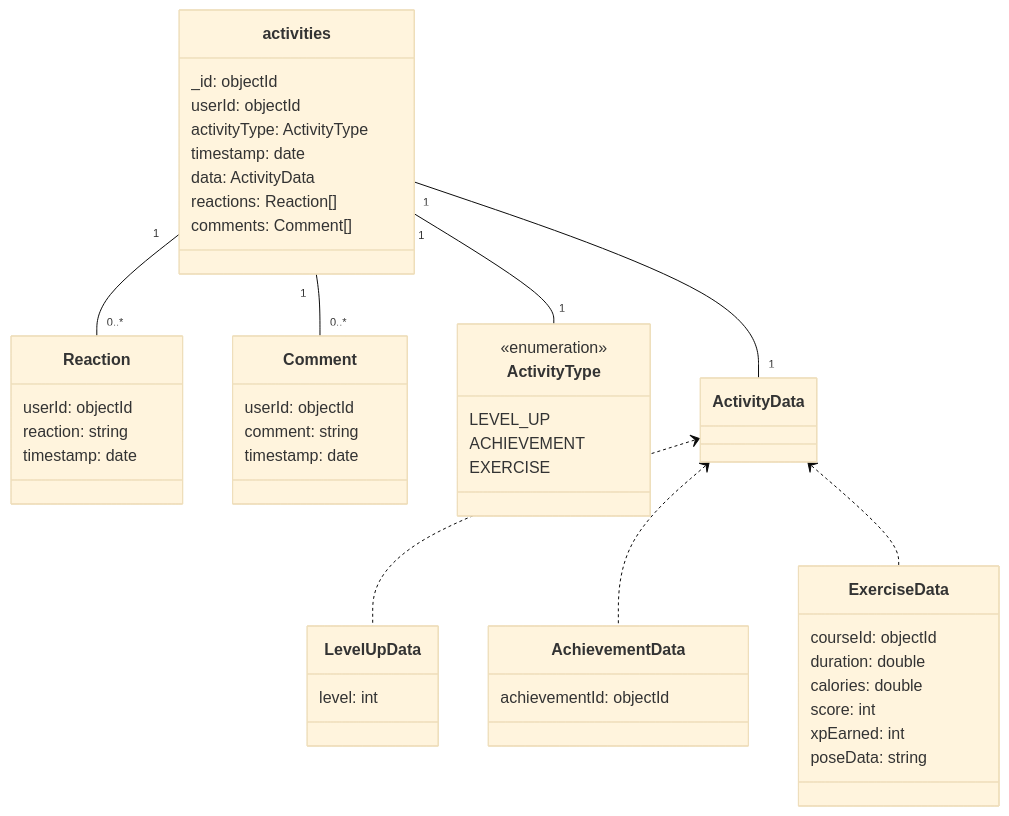
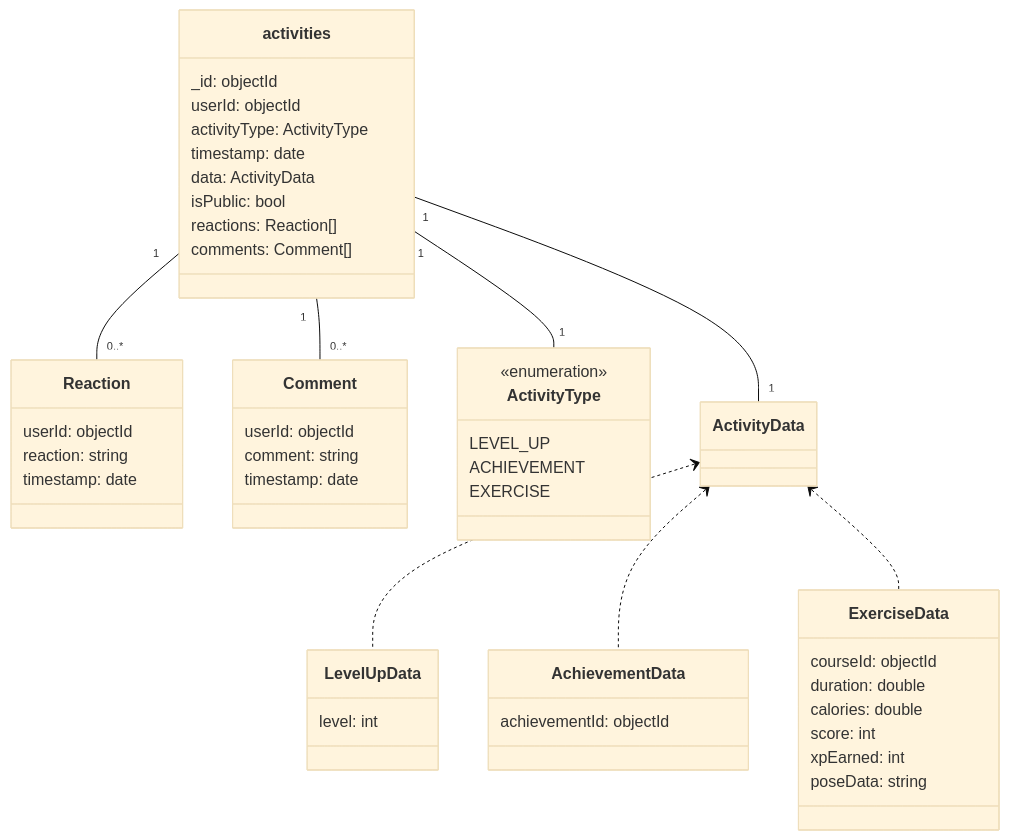
One commit to fitness-coaching-app/system-diagrams changed the diagram in diagrams/database/activities.md. Above: the diagram before and after it, drawn with Mermaid (base theme).

Commit message:
Add isPublic to activities

````diff
--- a/diagrams/database/activities.md
+++ b/diagrams/database/activities.md
@@ -1,67 +1,68 @@
 ```mermaid
 %%{init: {
     "fontFamily": "Helvetica"
 }
 }%%
 classDiagram
     activities "1" -- "0..*" Reaction
     activities "1" -- "0..*" Comment
     activities "1" -- "1" ActivityType
     activities "1" -- "1" ActivityData
 
     class activities{
         _id: objectId
         userId: objectId
         activityType: ActivityType
         timestamp: date
         data: ActivityData
+        isPublic: bool
         reactions: Reaction[]
         comments: Comment[]
     }
 
     class ActivityData{
 
     }
 
     ActivityData <.. LevelUpData
     ActivityData <.. AchievementData
     ActivityData <.. ExerciseData
 
     class LevelUpData{
         level: int
     }
 
     class AchievementData{
         achievementId: objectId
     }
 
     class ExerciseData{
         courseId: objectId
         duration: double
         calories: double
         score: int
         xpEarned: int
         poseData: string
     }
 
     class ActivityType{
         <<enumeration>>
         LEVEL_UP
         ACHIEVEMENT
         EXERCISE
     }
 
     class Reaction{
         userId: objectId
         reaction: string
         timestamp: date
     }
 
     class Comment{
         userId: objectId
         comment: string
         timestamp: date
     }
 
  
 ```
````
